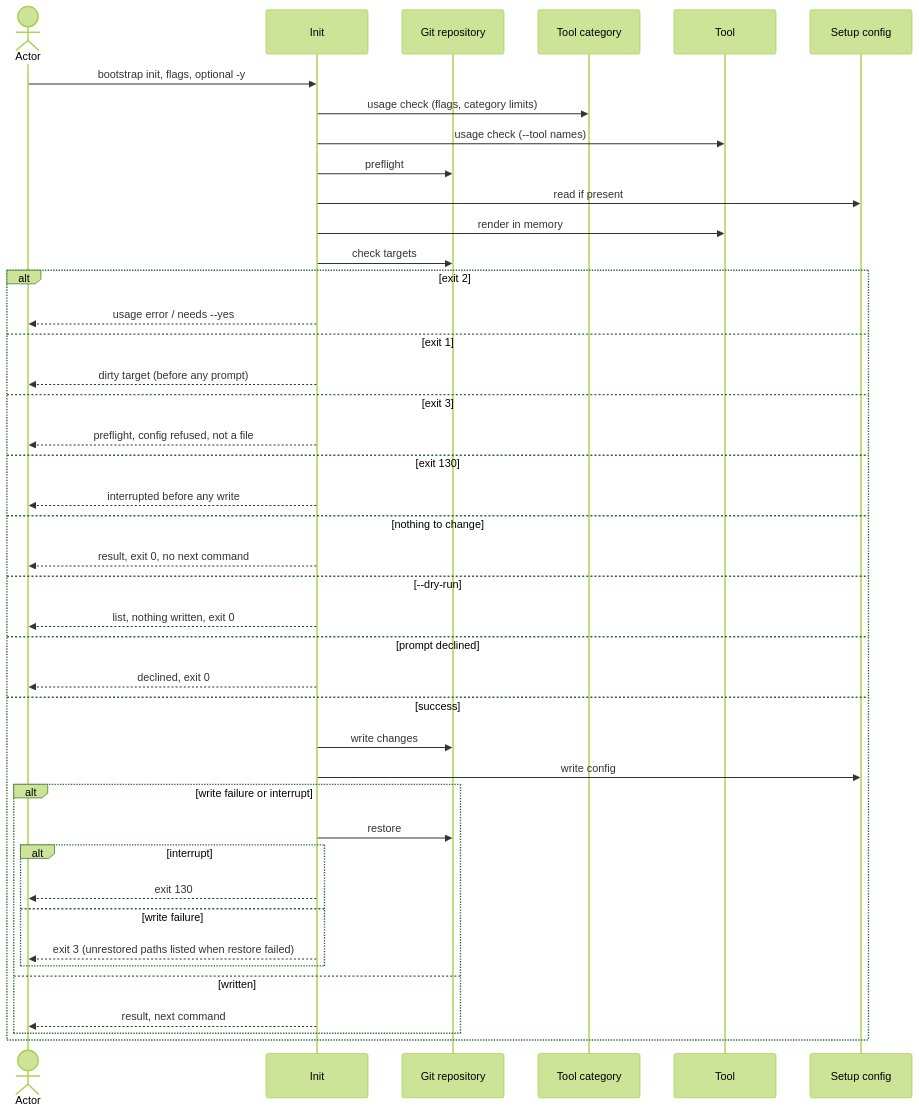
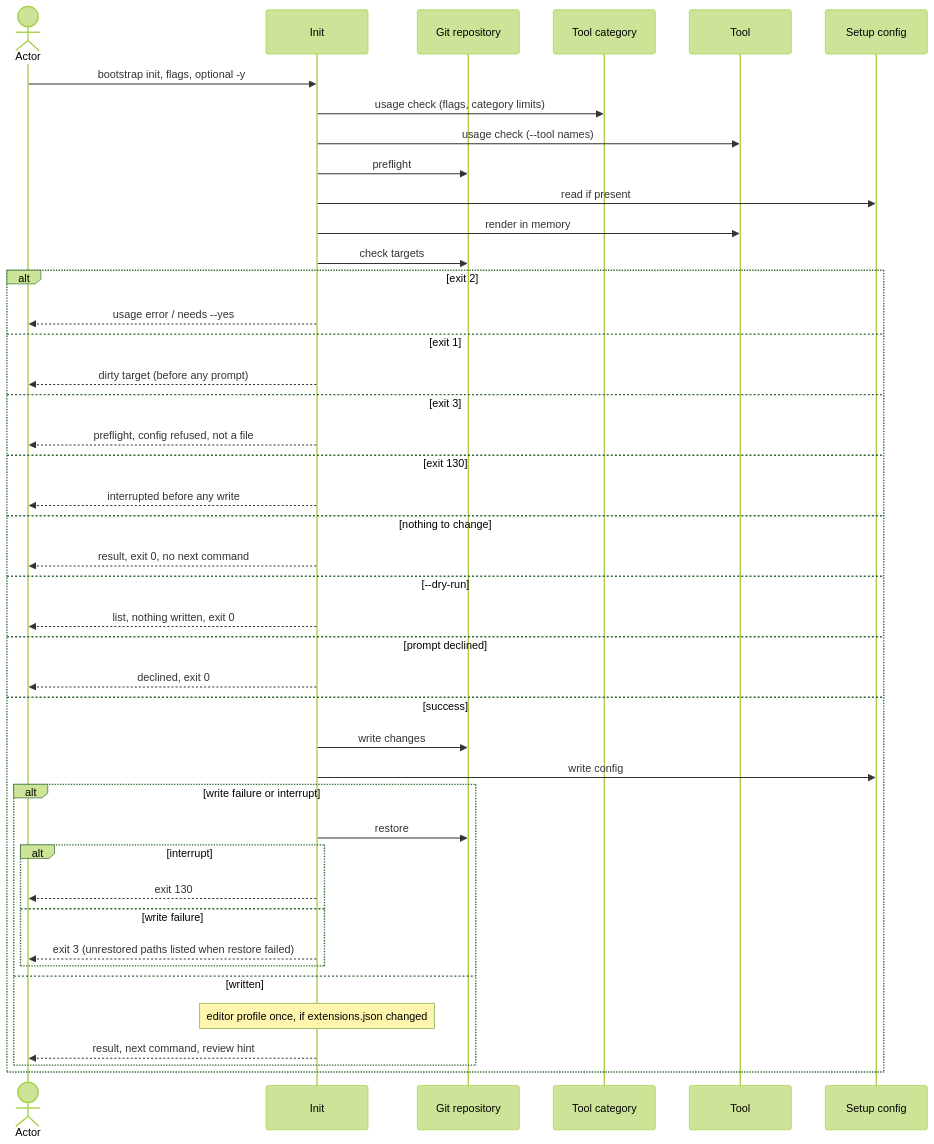
The diagram in docs/blueprint/flows/cli/110-setup-repository/index.md (virajp/bootstrap), drawn with Mermaid (forest theme) before and after one commit. The commit also changed other lines of this file and 15 other files, not shown here.

````diff
--- a/docs/blueprint/flows/cli/110-setup-repository/index.md
+++ b/docs/blueprint/flows/cli/110-setup-repository/index.md
@@ -188,44 +224,45 @@
 ```mermaid
 sequenceDiagram
     actor O as Actor
     participant I as Init
     participant R as Git repository
     participant K as Tool category
     participant G as Tool
     participant C as Setup config
     O->>I: bootstrap init, flags, optional -y
     I->>K: usage check (flags, category limits)
     I->>G: usage check (--tool names)
     I->>R: preflight
     I->>C: read if present
     I->>G: render in memory
     I->>R: check targets
     alt exit 2
         I-->>O: usage error / needs --yes
     else exit 1
         I-->>O: dirty target (before any prompt)
     else exit 3
         I-->>O: preflight, config refused, not a file
     else exit 130
         I-->>O: interrupted before any write
     else nothing to change
         I-->>O: result, exit 0, no next command
     else --dry-run
         I-->>O: list, nothing written, exit 0
     else prompt declined
         I-->>O: declined, exit 0
     else success
         I->>R: write changes
         I->>C: write config
         alt write failure or interrupt
             I->>R: restore
             alt interrupt
                 I-->>O: exit 130
             else write failure
                 I-->>O: exit 3 (unrestored paths listed when restore failed)
             end
         else written
-            I-->>O: result, next command
+            Note over I: editor profile once, if extensions.json changed
+            I-->>O: result, next command, review hint
         end
     end
 ```
````
